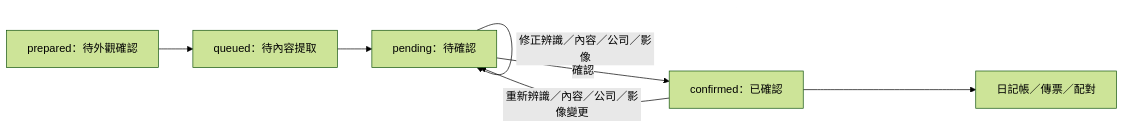
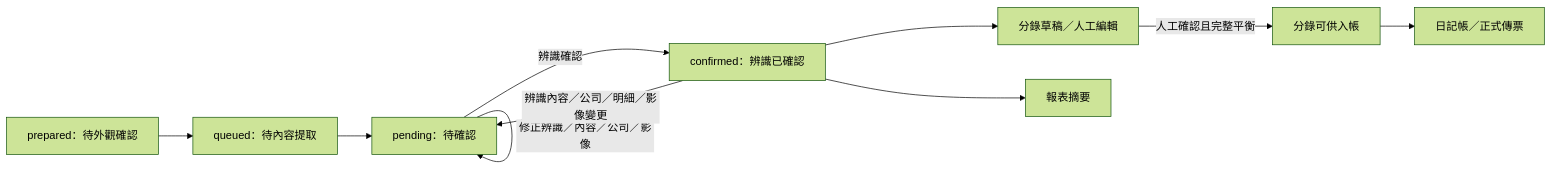
One commit to giraffe70/Accounting-Document-Recognition changed the second of 3 diagrams in docs/dev-notes/architecture.md. Above: the diagram before and after it, drawn with Mermaid (forest theme). The commit also changed other lines of this file and 11 other files, not shown here.

````diff
--- a/docs/dev-notes/architecture.md
+++ b/docs/dev-notes/architecture.md
@@ -124,9 +125,12 @@
 ```mermaid
 flowchart LR
     A[prepared：待外觀確認] --> B[queued：待內容提取]
     B --> C[pending：待確認]
     C -->|修正辨識／內容／公司／影像| C
-    C -->|確認| D[confirmed：已確認]
-    D -->|重新辨識／內容／公司／影像變更| C
-    D --> E[日記帳／傳票／配對]
+    C -->|辨識確認| D[confirmed：辨識已確認]
+    D -->|辨識內容／公司／明細／影像變更| C
+    D --> E[分錄草稿／人工編輯]
+    E -->|人工確認且完整平衡| F[分錄可供入帳]
+    D --> G[報表摘要]
+    F --> H[日記帳／正式傳票]
 ```
````
